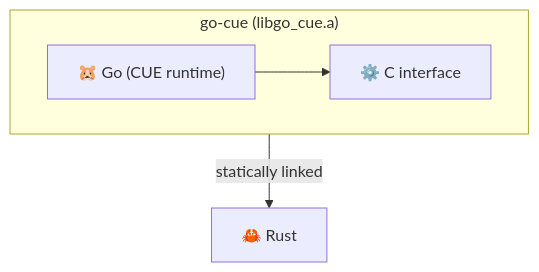
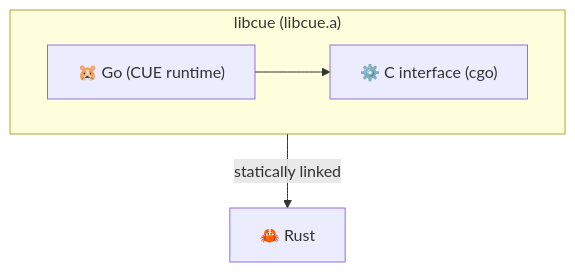
One commit to Mr-Leshiy/cue-rs changed the diagram in README.md. Above: the diagram before and after it, drawn with Mermaid. The commit also changed other lines of this file and 4 other files, not shown here.

````diff
--- a/README.md
+++ b/README.md
@@ -10,10 +10,10 @@
 ```mermaid
 flowchart TD
-    subgraph go-cue ["go-cue (libgo_cue.a)"]
+    subgraph libcue ["libcue (libcue.a)"]
         Go["🐹 Go (CUE runtime)"]
-        C["⚙️ C interface"]
+        C["⚙️ C interface (cgo)"]
         Go --> C
     end
 
-    go-cue -->|"statically linked"| Rust["🦀 Rust"]
+    libcue -->|"statically linked"| Rust["🦀 Rust"]
 ```
````
